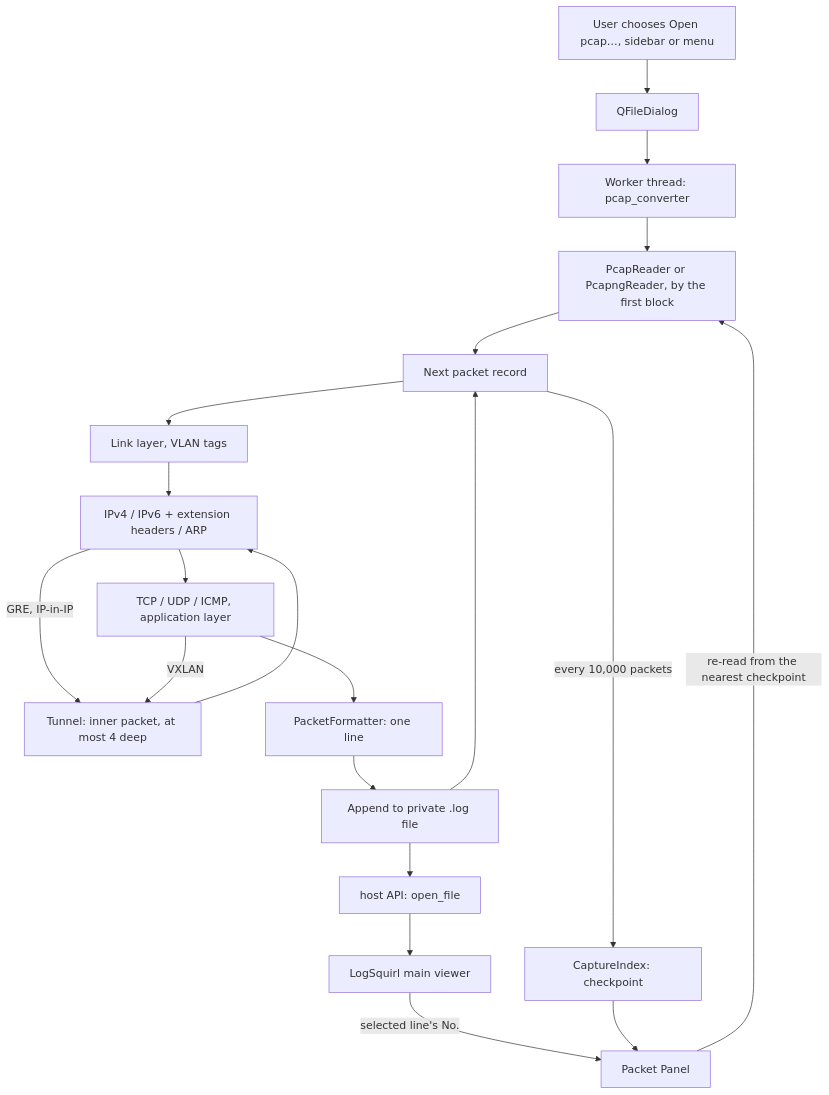
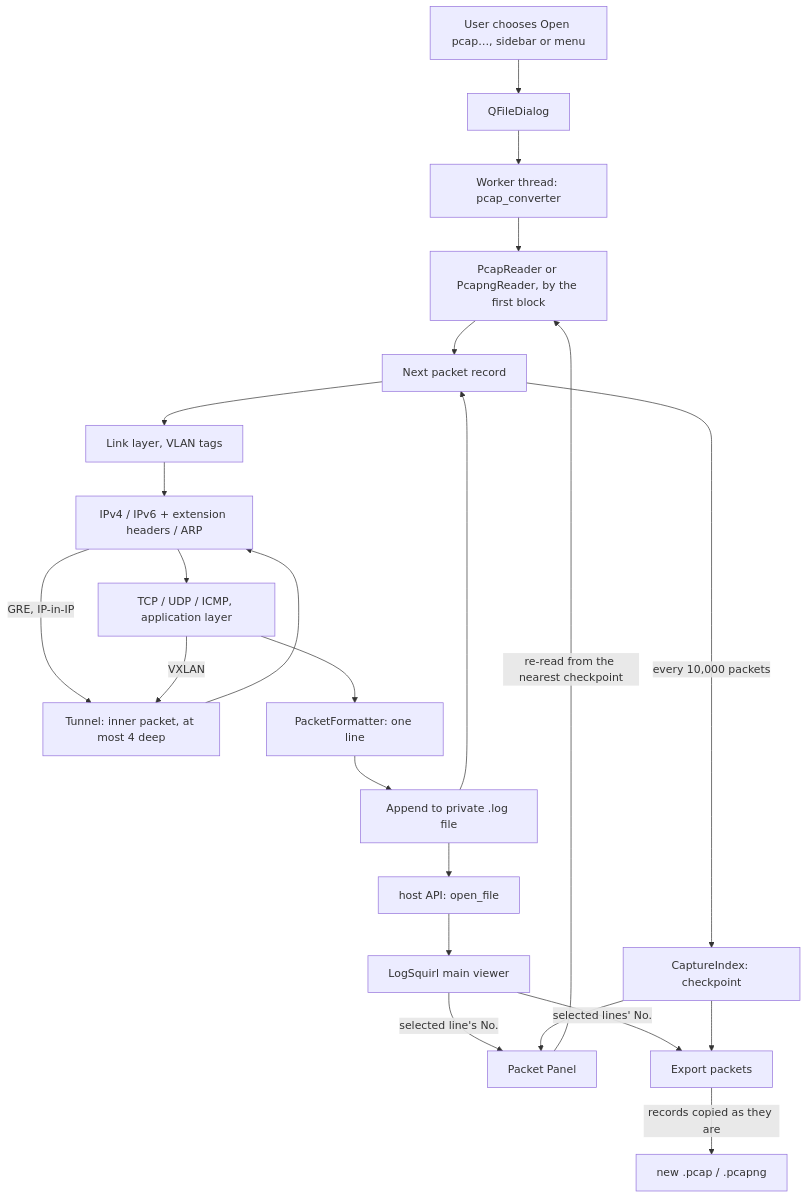
The diagram in README.md (64x-lunicorn/LogSquirl-tcpdump), drawn with Mermaid before and after one commit. The commit also changed other lines of this file and 13 other files, not shown here.

First line of the commit message:
Export the packets of the selected lines to a capture file

````diff
--- a/README.md
+++ b/README.md
@@ -349,22 +363,25 @@
 ```mermaid
 graph TD
     A[User chooses Open pcap…, sidebar or menu] --> B[QFileDialog]
     B --> C[Worker thread: pcap_converter]
     C --> D[PcapReader or PcapngReader, by the first block]
     D --> E[Next packet record]
     E --> F[Link layer, VLAN tags]
     F --> G[IPv4 / IPv6 + extension headers / ARP]
     G --> H[TCP / UDP / ICMP, application layer]
     G -->|GRE, IP-in-IP| T[Tunnel: inner packet, at most 4 deep]
     H -->|VXLAN| T
     T --> G
     H --> I[PacketFormatter: one line]
     I --> J[Append to private .log file]
     J --> E
     J --> K[host API: open_file]
     K --> L[LogSquirl main viewer]
     E -->|every 10,000 packets| X[CaptureIndex: checkpoint]
     L -->|selected line's No.| P[Packet Panel]
     X --> P
     P -->|re-read from the nearest checkpoint| D
+    L -->|selected lines' No.| Q[Export packets]
+    X --> Q
+    Q -->|records copied as they are| R[new .pcap / .pcapng]
 ```
````
